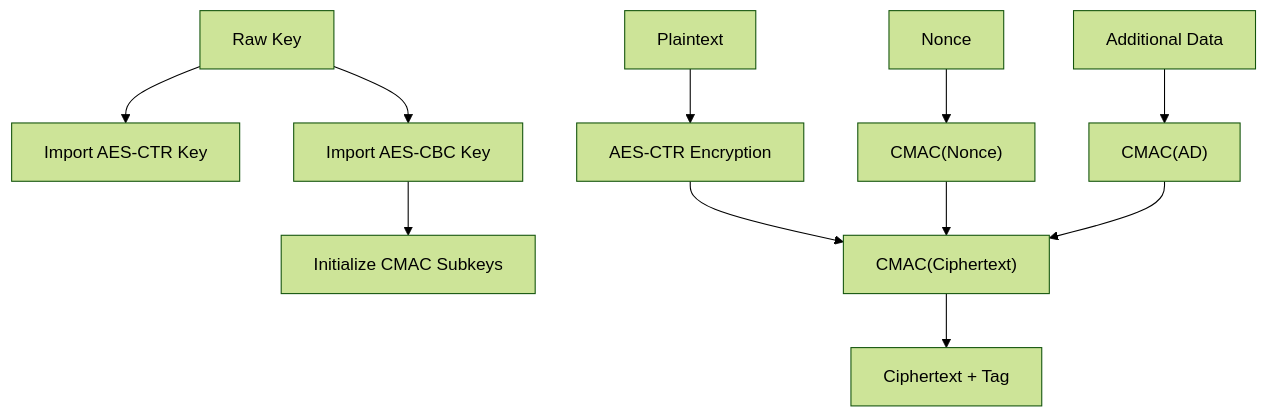
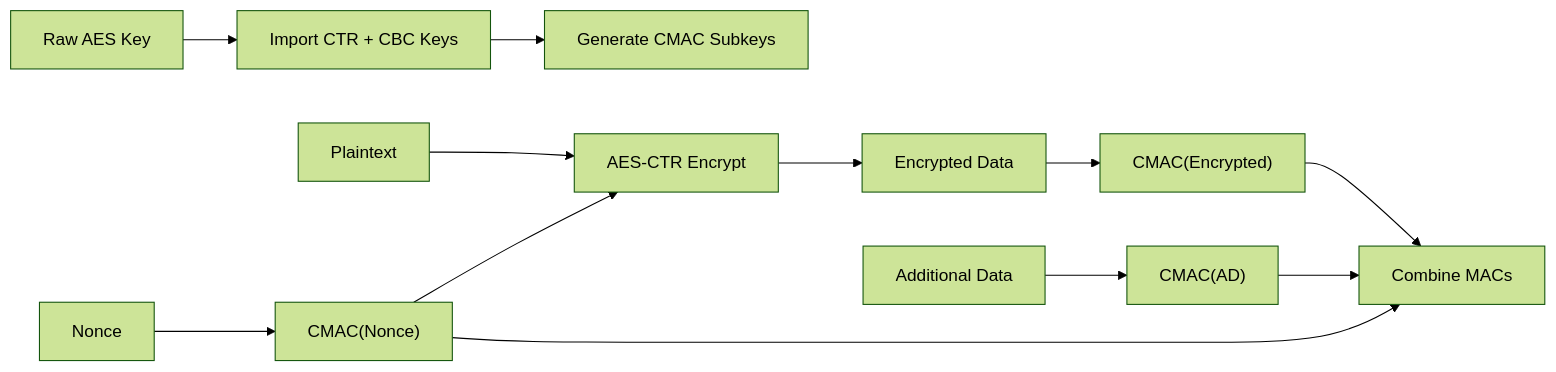
One commit to Ylianst/MeshCentral changed the second of 5 diagrams in docs/reference/architecture/crypto-components/crypto-components.md. Above: the diagram before and after it, drawn with Mermaid (forest theme). The commit also changed other lines of this file and 642 other files, not shown here.

````diff
--- a/docs/reference/architecture/crypto-components/crypto-components.md
+++ b/docs/reference/architecture/crypto-components/crypto-components.md
@@ -138,17 +75,17 @@
 ```mermaid
-flowchart TD
-    Key["Raw Key"] --> ImportCTR["Import AES-CTR Key"]
-    Key --> ImportCBC["Import AES-CBC Key"]
+flowchart LR
+    Key["Raw AES Key"] --> Init["Import CTR + CBC Keys"]
+    Init --> CMACInit["Generate CMAC Subkeys"]
 
-    ImportCBC --> InitCMAC["Initialize CMAC Subkeys"]
+    Nonce["Nonce"] --> NCMAC["CMAC(Nonce)"]
+    Data["Plaintext"] --> CTR["AES-CTR Encrypt"]
+    NCMAC --> CTR
 
-    Message["Plaintext"] --> EncryptCTR["AES-CTR Encryption"]
-    Nonce["Nonce"] --> NonceCMAC["CMAC(Nonce)"]
+    CTR --> ENC["Encrypted Data"]
+    ENC --> MACCalc["CMAC(Encrypted)"]
     AD["Additional Data"] --> ADCMAC["CMAC(AD)"]
 
-    EncryptCTR --> MAC["CMAC(Ciphertext)"]
-    NonceCMAC --> MAC
-    ADCMAC --> MAC
-
-    MAC --> Output["Ciphertext + Tag"]
+    MACCalc --> FinalMAC["Combine MACs"]
+    ADCMAC --> FinalMAC
+    NCMAC --> FinalMAC
 ```
````
